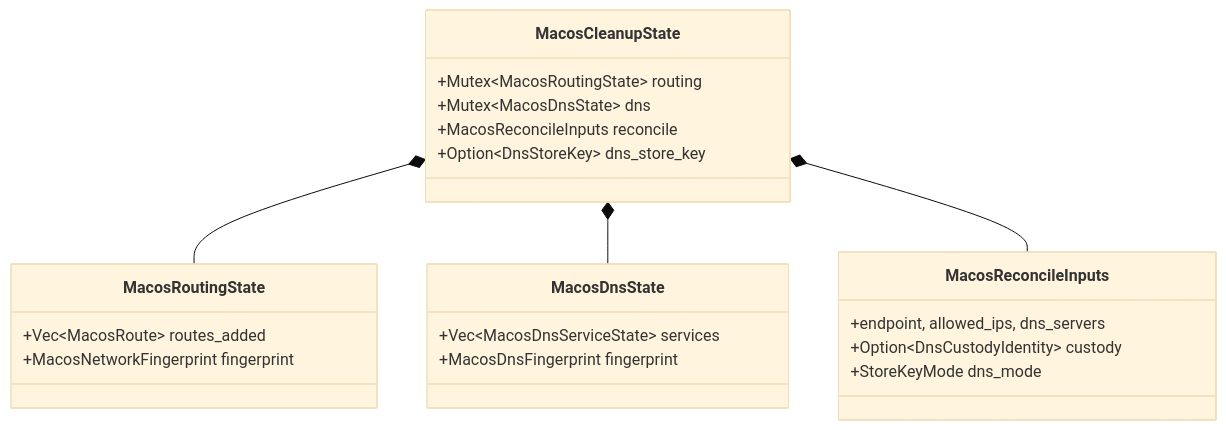
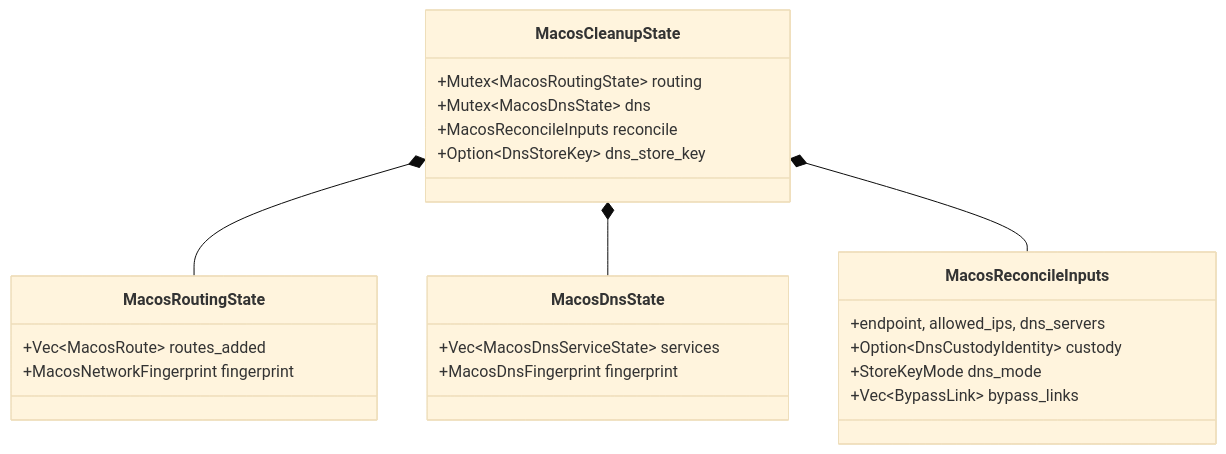
Before and after one commit to pansen/macos-wireguard-daemon: the ninth of 11 diagrams in doc/architecture.md, drawn with Mermaid (base theme). The commit also changed other lines of this file and 31 other files, not shown here.

First line of the commit message:
Add LAN bypass links for nested subnets

````diff
--- a/doc/architecture.md
+++ b/doc/architecture.md
@@ -403,25 +403,26 @@
 ```mermaid
 classDiagram
     class MacosCleanupState {
         +Mutex~MacosRoutingState~ routing
         +Mutex~MacosDnsState~ dns
         +MacosReconcileInputs reconcile
         +Option~DnsStoreKey~ dns_store_key
     }
     class MacosRoutingState {
         +Vec~MacosRoute~ routes_added
         +MacosNetworkFingerprint fingerprint
     }
     class MacosDnsState {
         +Vec~MacosDnsServiceState~ services
         +MacosDnsFingerprint fingerprint
     }
     class MacosReconcileInputs {
         +endpoint, allowed_ips, dns_servers
         +Option~DnsCustodyIdentity~ custody
         +StoreKeyMode dns_mode
+        +Vec~BypassLink~ bypass_links
     }
     MacosCleanupState *-- MacosRoutingState
     MacosCleanupState *-- MacosDnsState
     MacosCleanupState *-- MacosReconcileInputs
 ```
````
